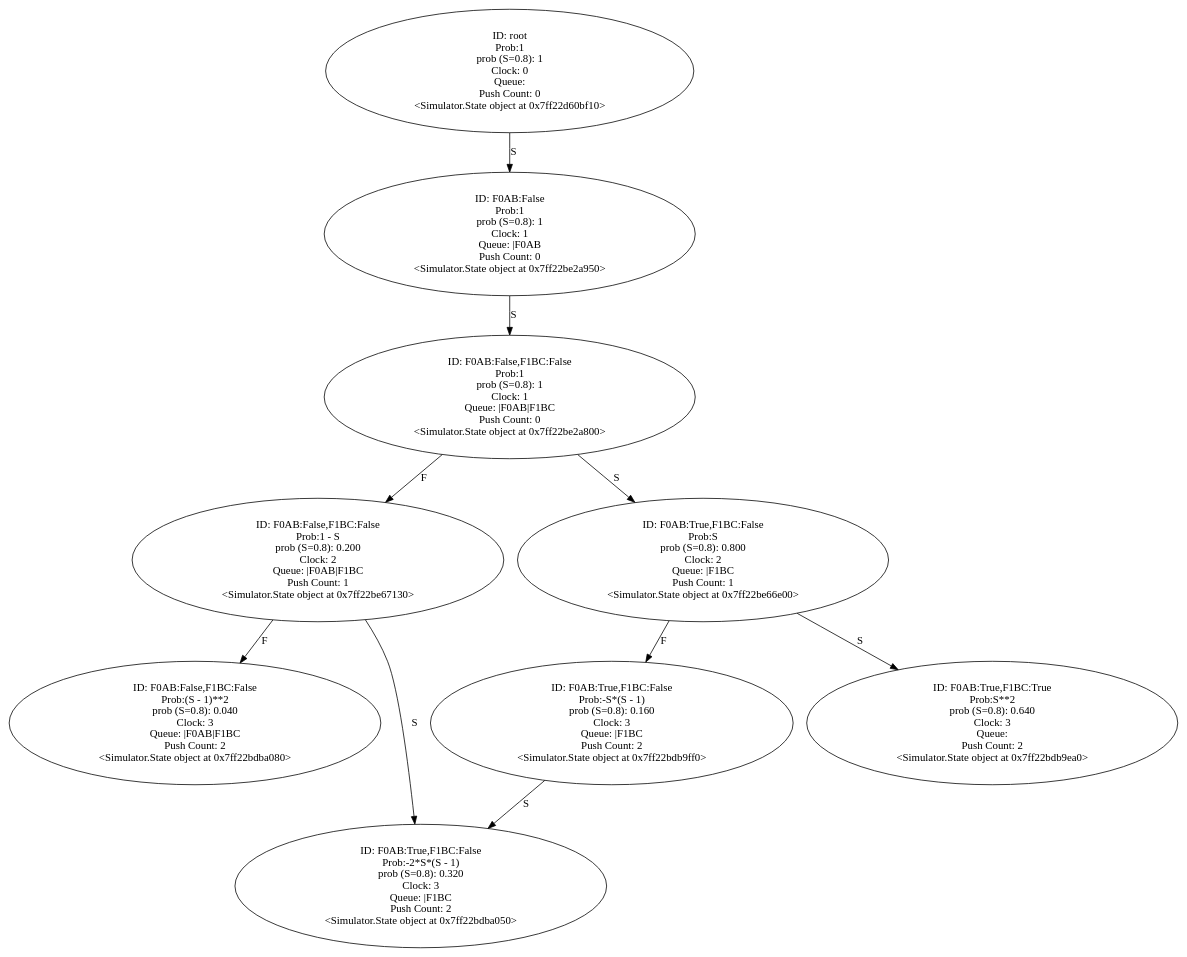
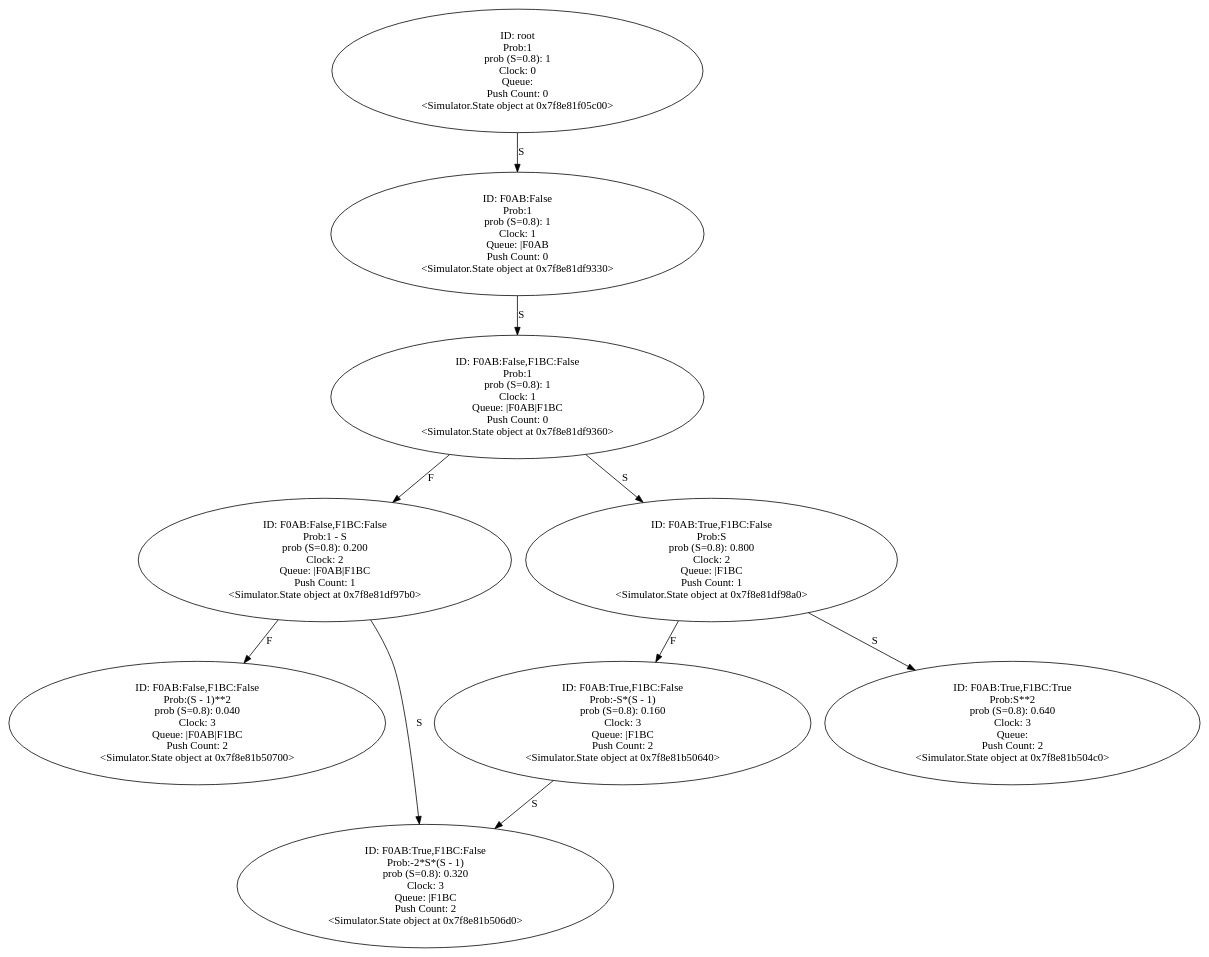
One commit to YasinBoloorchi/WARP-Simulator changed the diagram in Output/new_full_condition.wrp.gv. Above: the diagram before and after it, drawn with Graphviz. The commit also changed 72 other files, not shown here.

Commit message:
Added conditional pull in step five and fixed flow_name bug

```diff
--- a/Output/new_full_condition.wrp.gv
+++ b/Output/new_full_condition.wrp.gv
@@ -1,74 +1,74 @@
 digraph "./Output/new_full_condition.wrp" {
-	<Simulator.State object at 0x7ff22d60bf10> [label="ID: root
+	<Simulator.State object at 0x7f8e81f05c00> [label="ID: root
 Prob:1
 prob (S=0.8): 1
 Clock: 0
 Queue: 
 Push Count: 0
-<Simulator.State object at 0x7ff22d60bf10>"]
-	<Simulator.State object at 0x7ff22d60bf10> -> <Simulator.State object at 0x7ff22be2a950> [label=S]
-	<Simulator.State object at 0x7ff22be2a950> [label="ID: F0AB:False
+<Simulator.State object at 0x7f8e81f05c00>"]
+	<Simulator.State object at 0x7f8e81f05c00> -> <Simulator.State object at 0x7f8e81df9330> [label=S]
+	<Simulator.State object at 0x7f8e81df9330> [label="ID: F0AB:False
 Prob:1
 prob (S=0.8): 1
 Clock: 1
 Queue: |F0AB
 Push Count: 0
-<Simulator.State object at 0x7ff22be2a950>"]
-	<Simulator.State object at 0x7ff22be2a950> -> <Simulator.State object at 0x7ff22be2a800> [label=S]
-	<Simulator.State object at 0x7ff22be2a800> [label="ID: F0AB:False,F1BC:False
+<Simulator.State object at 0x7f8e81df9330>"]
+	<Simulator.State object at 0x7f8e81df9330> -> <Simulator.State object at 0x7f8e81df9360> [label=S]
+	<Simulator.State object at 0x7f8e81df9360> [label="ID: F0AB:False,F1BC:False
 Prob:1
 prob (S=0.8): 1
 Clock: 1
 Queue: |F0AB|F1BC
 Push Count: 0
-<Simulator.State object at 0x7ff22be2a800>"]
-	<Simulator.State object at 0x7ff22be2a800> -> <Simulator.State object at 0x7ff22be67130> [label=F]
-	<Simulator.State object at 0x7ff22be2a800> -> <Simulator.State object at 0x7ff22be66e00> [label=S]
-	<Simulator.State object at 0x7ff22be67130> [label="ID: F0AB:False,F1BC:False
+<Simulator.State object at 0x7f8e81df9360>"]
+	<Simulator.State object at 0x7f8e81df9360> -> <Simulator.State object at 0x7f8e81df97b0> [label=F]
+	<Simulator.State object at 0x7f8e81df9360> -> <Simulator.State object at 0x7f8e81df98a0> [label=S]
+	<Simulator.State object at 0x7f8e81df97b0> [label="ID: F0AB:False,F1BC:False
 Prob:1 - S
 prob (S=0.8): 0.200
 Clock: 2
 Queue: |F0AB|F1BC
 Push Count: 1
-<Simulator.State object at 0x7ff22be67130>"]
-	<Simulator.State object at 0x7ff22be67130> -> <Simulator.State object at 0x7ff22bdba080> [label=F]
-	<Simulator.State object at 0x7ff22be67130> -> <Simulator.State object at 0x7ff22bdba050> [label=S]
-	<Simulator.State object at 0x7ff22be66e00> [label="ID: F0AB:True,F1BC:False
+<Simulator.State object at 0x7f8e81df97b0>"]
+	<Simulator.State object at 0x7f8e81df97b0> -> <Simulator.State object at 0x7f8e81b50700> [label=F]
+	<Simulator.State object at 0x7f8e81df97b0> -> <Simulator.State object at 0x7f8e81b506d0> [label=S]
+	<Simulator.State object at 0x7f8e81df98a0> [label="ID: F0AB:True,F1BC:False
 Prob:S
 prob (S=0.8): 0.800
 Clock: 2
 Queue: |F1BC
 Push Count: 1
-<Simulator.State object at 0x7ff22be66e00>"]
-	<Simulator.State object at 0x7ff22be66e00> -> <Simulator.State object at 0x7ff22bdb9ff0> [label=F]
-	<Simulator.State object at 0x7ff22be66e00> -> <Simulator.State object at 0x7ff22bdb9ea0> [label=S]
-	<Simulator.State object at 0x7ff22bdba080> [label="ID: F0AB:False,F1BC:False
+<Simulator.State object at 0x7f8e81df98a0>"]
+	<Simulator.State object at 0x7f8e81df98a0> -> <Simulator.State object at 0x7f8e81b50640> [label=F]
+	<Simulator.State object at 0x7f8e81df98a0> -> <Simulator.State object at 0x7f8e81b504c0> [label=S]
+	<Simulator.State object at 0x7f8e81b50700> [label="ID: F0AB:False,F1BC:False
 Prob:(S - 1)**2
 prob (S=0.8): 0.040
 Clock: 3
 Queue: |F0AB|F1BC
 Push Count: 2
-<Simulator.State object at 0x7ff22bdba080>"]
-	<Simulator.State object at 0x7ff22bdba050> [label="ID: F0AB:True,F1BC:False
+<Simulator.State object at 0x7f8e81b50700>"]
+	<Simulator.State object at 0x7f8e81b506d0> [label="ID: F0AB:True,F1BC:False
 Prob:-2*S*(S - 1)
 prob (S=0.8): 0.320
 Clock: 3
 Queue: |F1BC
 Push Count: 2
-<Simulator.State object at 0x7ff22bdba050>"]
-	<Simulator.State object at 0x7ff22bdb9ff0> [label="ID: F0AB:True,F1BC:False
+<Simulator.State object at 0x7f8e81b506d0>"]
+	<Simulator.State object at 0x7f8e81b50640> [label="ID: F0AB:True,F1BC:False
 Prob:-S*(S - 1)
 prob (S=0.8): 0.160
 Clock: 3
 Queue: |F1BC
 Push Count: 2
-<Simulator.State object at 0x7ff22bdb9ff0>"]
-	<Simulator.State object at 0x7ff22bdb9ff0> -> <Simulator.State object at 0x7ff22bdba050> [label=S]
-	<Simulator.State object at 0x7ff22bdb9ea0> [label="ID: F0AB:True,F1BC:True
+<Simulator.State object at 0x7f8e81b50640>"]
+	<Simulator.State object at 0x7f8e81b50640> -> <Simulator.State object at 0x7f8e81b506d0> [label=S]
+	<Simulator.State object at 0x7f8e81b504c0> [label="ID: F0AB:True,F1BC:True
 Prob:S**2
 prob (S=0.8): 0.640
 Clock: 3
 Queue: 
 Push Count: 2
-<Simulator.State object at 0x7ff22bdb9ea0>"]
+<Simulator.State object at 0x7f8e81b504c0>"]
 }
```
